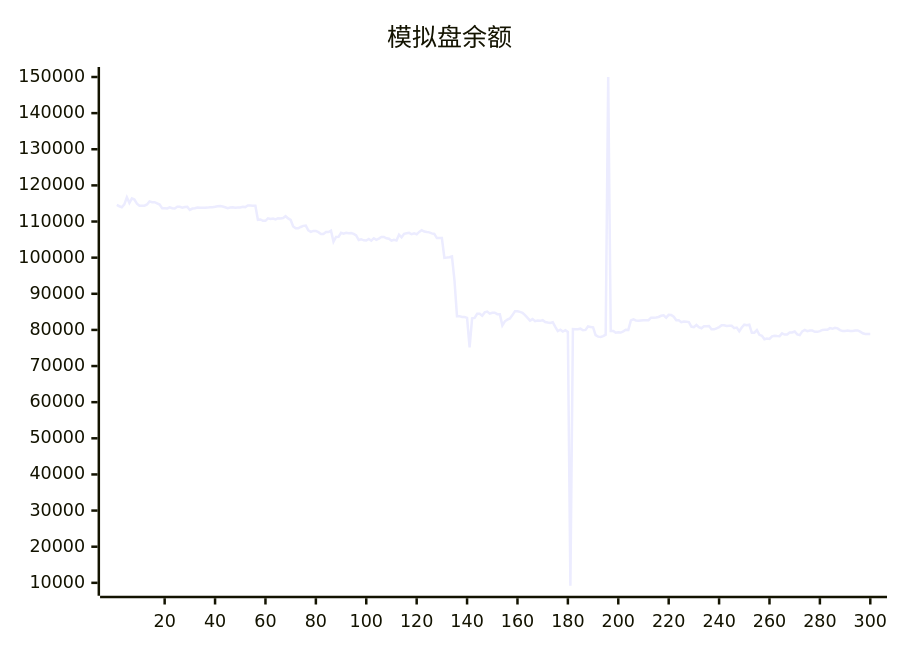
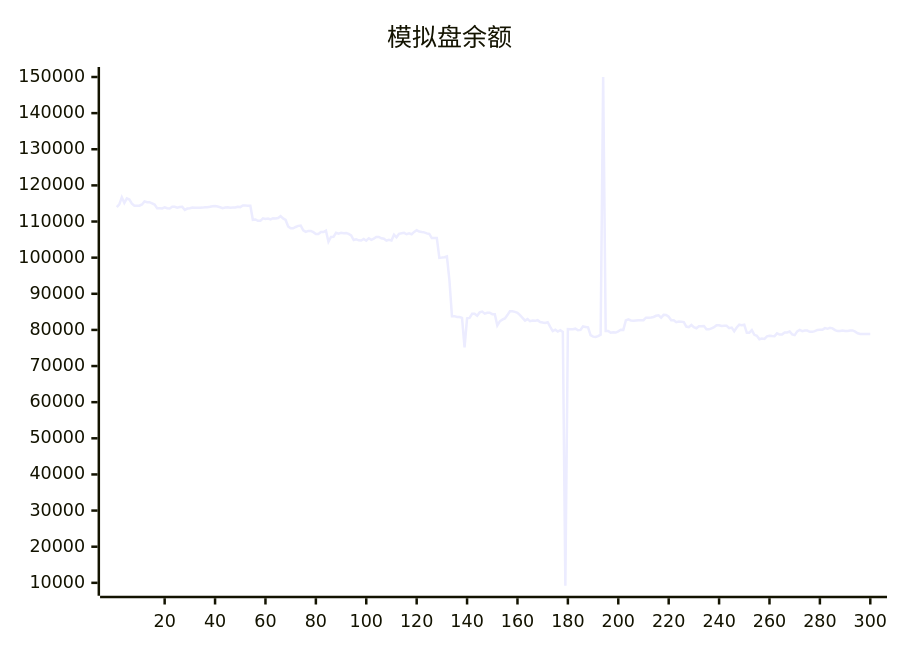
Before and after one commit to aahl/ai-trading: the diagram in README.md, drawn with Mermaid. The commit also changed other lines of this file and 1 other file, not shown here.

````diff
--- a/README.md
+++ b/README.md
@@ -5,5 +5,5 @@
 ```mermaid
 xychart
     title "模拟盘余额"
-    line [114588,114231,113973,114726,116697,115160,116423,116083,114950,114365,114365,114388,114730,115582,115358,115358,115032,114686,113688,113688,113610,113930,113672,113585,114083,114074,113840,113996,114051,113208,113593,113701,113901,113794,113784,113810,113848,113927,113929,114064,114232,114293,114144,113960,113698,113853,113942,113812,113908,113877,114091,113998,114427,114422,114384,114384,110477,110576,110198,110198,110890,110712,110812,110569,110929,110847,110968,111478,110870,110433,108661,108116,108115,108485,108797,108877,107536,107134,107393,107393,107046,106565,106565,107081,107081,107478,104404,105715,105749,106866,106651,106889,106771,106816,106565,106141,104876,105103,104796,104734,105169,104690,105380,104941,105272,105709,105739,105374,105227,104691,104924,104762,106364,105628,106608,106748,106872,106485,106721,106468,107132,107620,107224,107080,107001,106717,106567,105431,105431,105440,99950,100017,100113,100337,93749,83795,83807,83567,83567,83342,75168,83222,83336,84448,84449,83896,84839,85065,84499,84757,84757,84364,84347,81254,82385,82835,83184,84099,85150,85150,85002,84751,84096,83356,82582,82983,82404,82572,82512,82688,82200,82047,81920,82125,80840,79688,80060,79552,79920,79470,9193,80236,80208,80170,80336,79894,80006,80954,80837,80712,78561,78139,78037,78293,78682,150000,79720,79720,79214,79372,79279,79591,80046,79993,82625,82950,82626,82571,82633,82670,82670,82681,83386,83378,83464,83579,83920,84037,83402,84160,84142,83652,82655,82655,82145,82315,82243,82163,80934,80770,81371,80742,80468,80989,80989,81067,80191,80155,80450,80737,81309,81309,81106,81119,81119,80471,80631,79624,80670,81448,81290,81429,79212,79222,79940,78643,78380,77432,77623,77504,78235,78358,78284,78277,79048,78714,78714,79290,79308,79567,78763,78563,79603,79988,79652,79813,79813,79476,79469,79673,79995,80015,80015,80486,80314,80600,80436,79966,79689,79689,79819,79692,79692,79850,79850,79518,79071,78889,78850,78850]
+    line [113973,114726,116697,115160,116423,116083,114950,114365,114365,114388,114730,115582,115358,115358,115032,114686,113688,113688,113610,113930,113672,113585,114083,114074,113840,113996,114051,113208,113593,113701,113901,113794,113784,113810,113848,113927,113929,114064,114232,114293,114144,113960,113698,113853,113942,113812,113908,113877,114091,113998,114427,114422,114384,114384,110477,110576,110198,110198,110890,110712,110812,110569,110929,110847,110968,111478,110870,110433,108661,108116,108115,108485,108797,108877,107536,107134,107393,107393,107046,106565,106565,107081,107081,107478,104404,105715,105749,106866,106651,106889,106771,106816,106565,106141,104876,105103,104796,104734,105169,104690,105380,104941,105272,105709,105739,105374,105227,104691,104924,104762,106364,105628,106608,106748,106872,106485,106721,106468,107132,107620,107224,107080,107001,106717,106567,105431,105431,105440,99950,100017,100113,100337,93749,83795,83807,83567,83567,83342,75168,83222,83336,84448,84449,83896,84839,85065,84499,84757,84757,84364,84347,81254,82385,82835,83184,84099,85150,85150,85002,84751,84096,83356,82582,82983,82404,82572,82512,82688,82200,82047,81920,82125,80840,79688,80060,79552,79920,79470,9193,80236,80208,80170,80336,79894,80006,80954,80837,80712,78561,78139,78037,78293,78682,150000,79720,79720,79214,79372,79279,79591,80046,79993,82625,82950,82626,82571,82633,82670,82670,82681,83386,83378,83464,83579,83920,84037,83402,84160,84142,83652,82655,82655,82145,82315,82243,82163,80934,80770,81371,80742,80468,80989,80989,81067,80191,80155,80450,80737,81309,81309,81106,81119,81119,80471,80631,79624,80670,81448,81290,81429,79212,79222,79940,78643,78380,77432,77623,77504,78235,78358,78284,78277,79048,78714,78714,79290,79308,79567,78763,78563,79603,79988,79652,79813,79813,79476,79469,79673,79995,80015,80015,80486,80314,80600,80436,79966,79689,79689,79819,79692,79692,79850,79850,79518,79071,78889,78850,78850,78878,78878]
 ```
````
